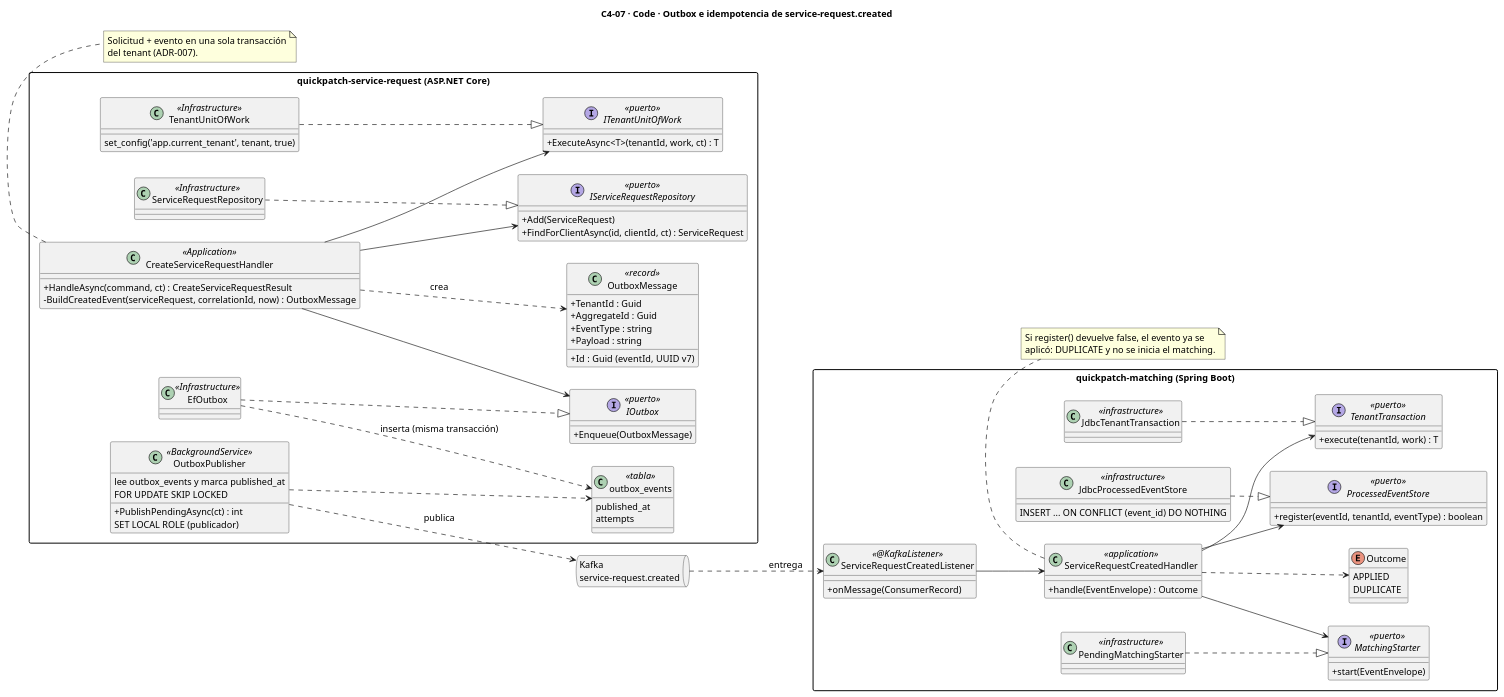
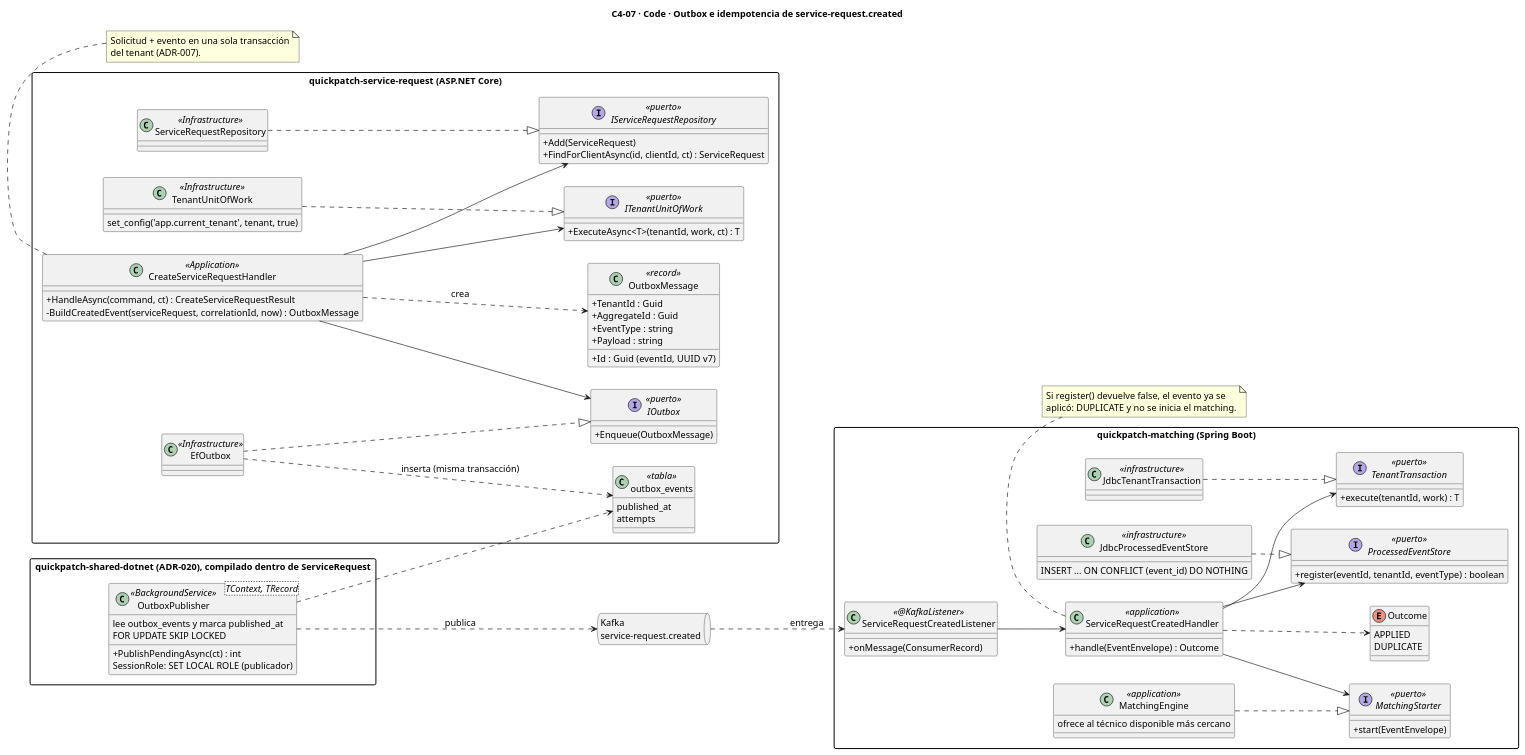
The diagram in docs/architecture/diagrams/c4/C4-07-Codigo-OutboxIdempotencia.puml (ARQUI-202630/quickpatch), drawn with PlantUML before and after one commit. The commit also changed 8 other files, not shown here.

First line of the commit message:
docs(c4): componentes y código alineados con quickpatch-shared-dotnet (SCRUM-677, SCRUM-679)

```diff
--- a/docs/architecture/diagrams/c4/C4-07-Codigo-OutboxIdempotencia.puml
+++ b/docs/architecture/diagrams/c4/C4-07-Codigo-OutboxIdempotencia.puml
@@ -1,110 +1,115 @@
 @startuml C4-07-Codigo-OutboxIdempotencia
 ' QUICKPATCH — C4 nivel 4 (Code): publicación y consumo de service-request.created
 ' Transactional Outbox en ServiceRequest (.NET) y consumo idempotente en Matching (Java).
-' Clases reales de develop (7 de octubre de 2026); se omiten métodos que no intervienen.
+' Clases reales de develop (12 de noviembre de 2026, con quickpatch-shared-dotnet de ADR-020); se omiten métodos que no intervienen.
 ' Fuentes: ADR-007, DD RN-EV1, SDD 7.1 y 8.10.
 title C4-07 · Code · Outbox e idempotencia de service-request.created
 skinparam classAttributeIconSize 0
 skinparam defaultFontSize 14
 skinparam packageStyle rectangle
 allowmixing
 set separator none
 left to right direction
 
 package "quickpatch-service-request (ASP.NET Core)" {
   class CreateServiceRequestHandler <<Application>> {
     +HandleAsync(command, ct) : CreateServiceRequestResult
     -BuildCreatedEvent(serviceRequest, correlationId, now) : OutboxMessage
   }
   interface ITenantUnitOfWork <<puerto>> {
     +ExecuteAsync<T>(tenantId, work, ct) : T
   }
   interface IServiceRequestRepository <<puerto>> {
     +Add(ServiceRequest)
     +FindForClientAsync(id, clientId, ct) : ServiceRequest
   }
   interface IOutbox <<puerto>> {
     +Enqueue(OutboxMessage)
   }
   class OutboxMessage <<record>> {
     +Id : Guid  (eventId, UUID v7)
     +TenantId : Guid
     +AggregateId : Guid
     +EventType : string
     +Payload : string
   }
   class TenantUnitOfWork <<Infrastructure>> {
     set_config('app.current_tenant', tenant, true)
   }
   class ServiceRequestRepository <<Infrastructure>>
   class EfOutbox <<Infrastructure>>
-  class OutboxPublisher <<BackgroundService>> {
+  class outbox_events <<tabla>> {
+    published_at
+    attempts
+  }
+}
+
+package "quickpatch-shared-dotnet (ADR-020), compilado dentro de ServiceRequest" {
+  class "OutboxPublisher<TContext, TRecord>" as OutboxPublisher <<BackgroundService>> {
     +PublishPendingAsync(ct) : int
     lee outbox_events y marca published_at
     FOR UPDATE SKIP LOCKED
-    SET LOCAL ROLE (publicador)
-  }
-  class outbox_events <<tabla>> {
-    published_at
-    attempts
+    SessionRole: SET LOCAL ROLE (publicador)
   }
 }
 
 queue "Kafka\nservice-request.created" as topic
 
 package "quickpatch-matching (Spring Boot)" {
   class ServiceRequestCreatedListener <<@KafkaListener>> {
     +onMessage(ConsumerRecord)
   }
   class ServiceRequestCreatedHandler <<application>> {
     +handle(EventEnvelope) : Outcome
   }
   enum Outcome {
     APPLIED
     DUPLICATE
   }
   interface TenantTransaction <<puerto>> {
     +execute(tenantId, work) : T
   }
   interface ProcessedEventStore <<puerto>> {
     +register(eventId, tenantId, eventType) : boolean
   }
   interface MatchingStarter <<puerto>> {
     +start(EventEnvelope)
   }
   class JdbcTenantTransaction <<infrastructure>>
   class JdbcProcessedEventStore <<infrastructure>> {
     INSERT ... ON CONFLICT (event_id) DO NOTHING
   }
-  class PendingMatchingStarter <<infrastructure>>
+  class MatchingEngine <<application>> {
+    ofrece al técnico disponible más cercano
+  }
 }
 
 CreateServiceRequestHandler --> ITenantUnitOfWork
 CreateServiceRequestHandler --> IServiceRequestRepository
 CreateServiceRequestHandler --> IOutbox
 CreateServiceRequestHandler ..> OutboxMessage : crea
 TenantUnitOfWork ..|> ITenantUnitOfWork
 ServiceRequestRepository ..|> IServiceRequestRepository
 EfOutbox ..|> IOutbox
 EfOutbox ..> outbox_events : inserta (misma transacción)
 OutboxPublisher ..> outbox_events
 OutboxPublisher ..> topic : publica
 topic ..> ServiceRequestCreatedListener : entrega
 ServiceRequestCreatedListener --> ServiceRequestCreatedHandler
 ServiceRequestCreatedHandler --> TenantTransaction
 ServiceRequestCreatedHandler --> ProcessedEventStore
 ServiceRequestCreatedHandler --> MatchingStarter
 ServiceRequestCreatedHandler ..> Outcome
 JdbcTenantTransaction ..|> TenantTransaction
 JdbcProcessedEventStore ..|> ProcessedEventStore
-PendingMatchingStarter ..|> MatchingStarter
+MatchingEngine ..|> MatchingStarter
 
 note bottom of CreateServiceRequestHandler
   Solicitud + evento en una sola transacción
   del tenant (ADR-007).
 end note
 note bottom of ServiceRequestCreatedHandler
   Si register() devuelve false, el evento ya se
   aplicó: DUPLICATE y no se inicia el matching.
 end note
 @enduml
```
